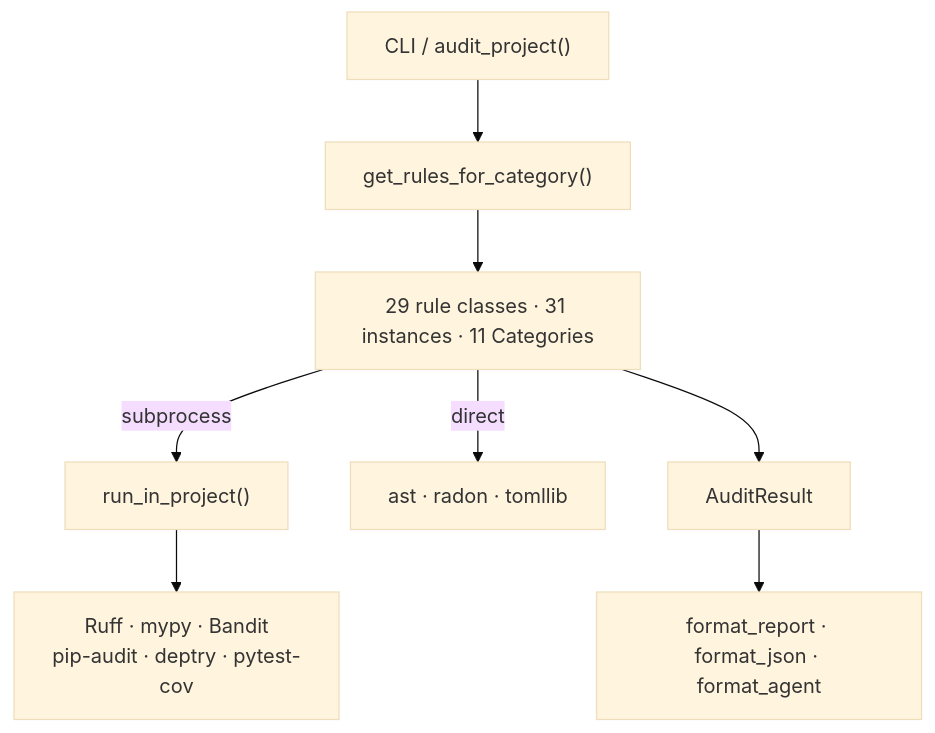
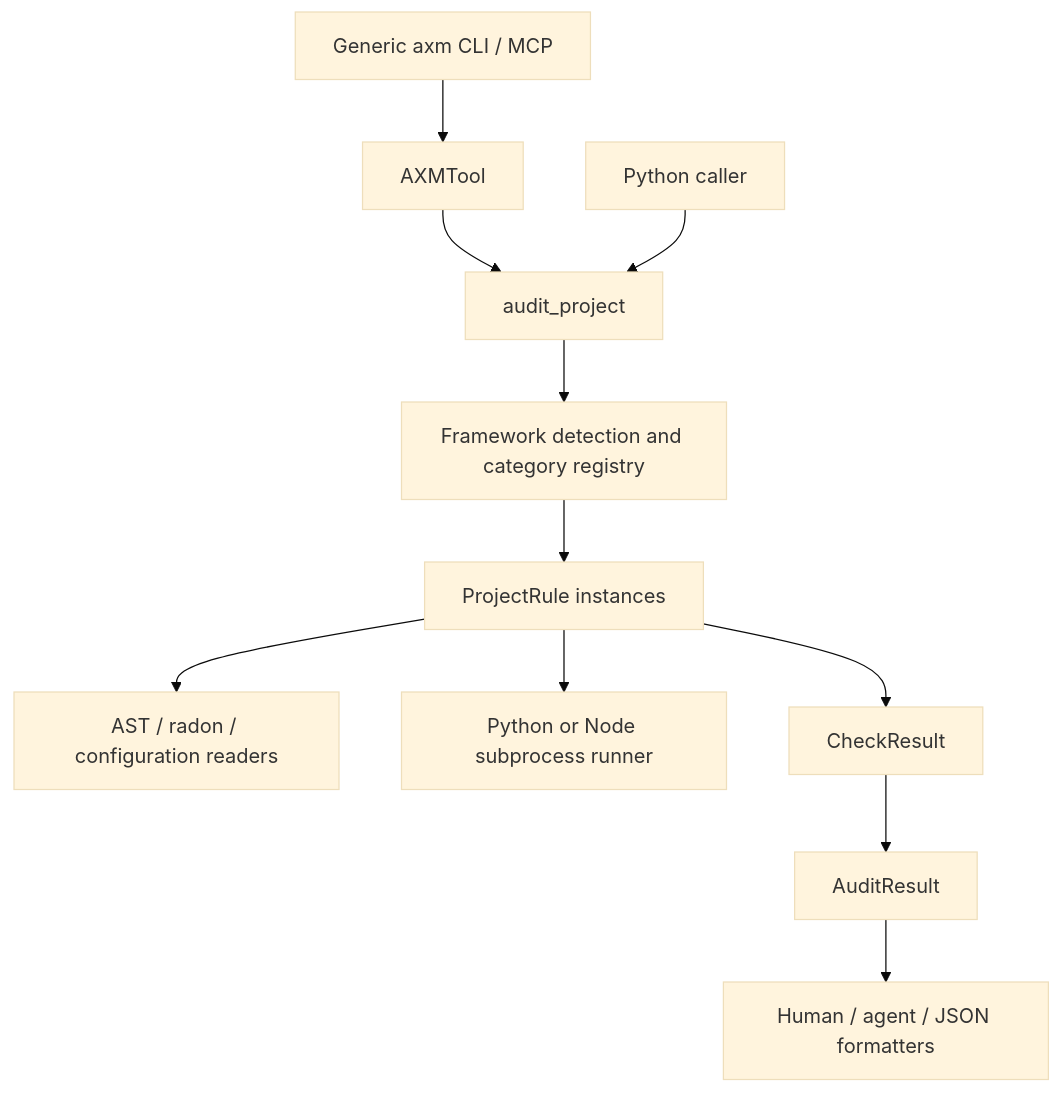
The diagram in packages/axm-audit/docs/explanation/architecture.md (axm-protocols/axm-forge), drawn with Mermaid (base theme) before and after one commit. The commit also changed other lines of this file and 22 other files, not shown here.

First line of the commit message:
docs(axm-audit): align documentation with verified tool behavior

````diff
--- a/packages/axm-audit/docs/explanation/architecture.md
+++ b/packages/axm-audit/docs/explanation/architecture.md
@@ -7,10 +5,13 @@
 ```mermaid
-graph TB
-    API["CLI / audit_project()"] --> Auditor["get_rules_for_category()"]
-    Auditor --> Rules["29 rule classes · 31 instances · 11 Categories"]
-    Rules -->|subprocess| Runner["run_in_project()"]
-    Rules -->|direct| AST["ast · radon · tomllib"]
-    Runner --> Tools["Ruff · mypy · Bandit\npip-audit · deptry · pytest-cov"]
-    Rules --> Result["AuditResult"]
-    Result --> Fmt["format_report · format_json · format_agent"]
+graph TD
+    CLI["Generic axm CLI / MCP"] --> Tool["AXMTool"]
+    Tool --> Auditor["audit_project"]
+    Python["Python caller"] --> Auditor
+    Auditor --> Framework["Framework detection and category registry"]
+    Framework --> Rules["ProjectRule instances"]
+    Rules --> Native["AST / radon / configuration readers"]
+    Rules --> Process["Python or Node subprocess runner"]
+    Rules --> Checks["CheckResult"]
+    Checks --> Result["AuditResult"]
+    Result --> Formatters["Human / agent / JSON formatters"]
 ```
````
